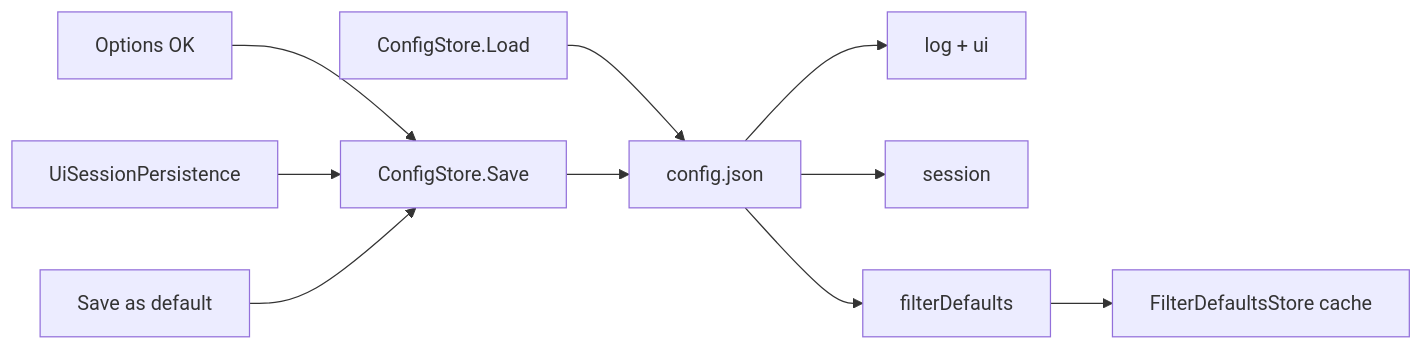
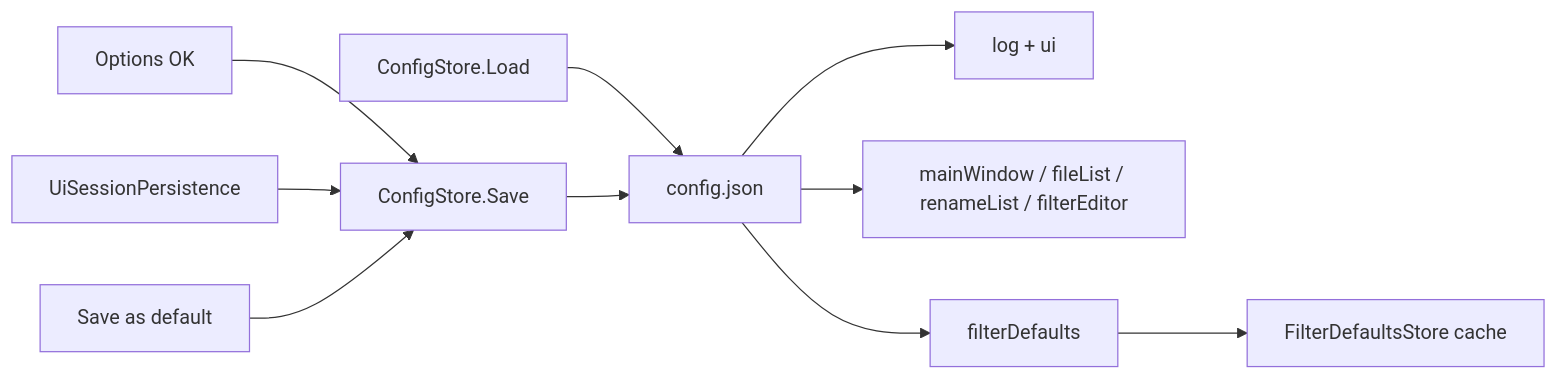
Before and after one commit to davidohana/finebytes: the diagram in docs/plans/unify-config-session.plan.md, drawn with Mermaid. The commit also changed other lines of this file and 1 other file, not shown here.

````diff
--- a/docs/plans/unify-config-session.plan.md
+++ b/docs/plans/unify-config-session.plan.md
@@ -57,12 +63,12 @@
 ```mermaid
 flowchart LR
   Load["ConfigStore.Load"] --> File["config.json"]
   File --> Cfg["log + ui"]
-  File --> Sess["session"]
+  File --> Sess["mainWindow / fileList / renameList / filterEditor"]
   File --> Fd["filterDefaults"]
   Fd --> Fds["FilterDefaultsStore cache"]
   Options["Options OK"] --> Save["ConfigStore.Save"]
   Close["UiSessionPersistence"] --> Save
   Pin["Save as default"] --> Save
   Save --> File
 ```
````
